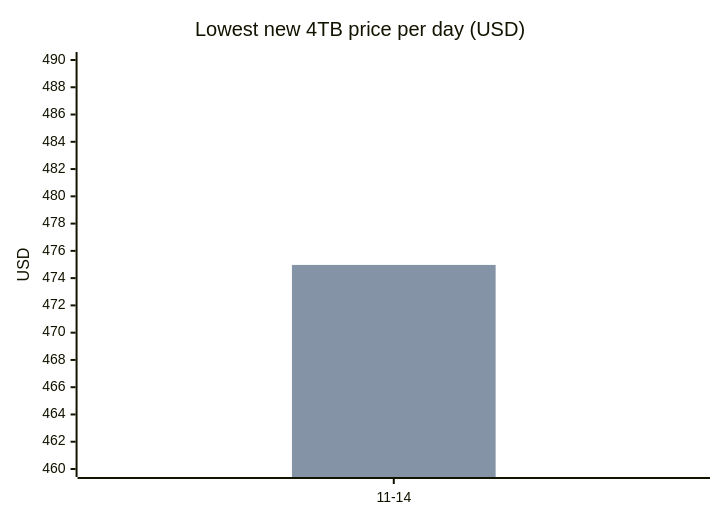
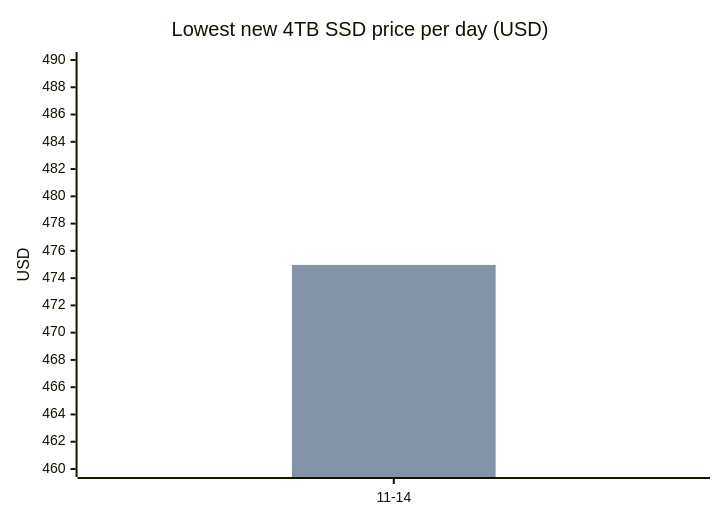
Before and after one commit to 7324136828/4tb_ssd_price_watch: the first of 4 diagrams in README.md, drawn with Mermaid. The commit also changed other lines of this file and 1 other file, not shown here.

````diff
--- a/README.md
+++ b/README.md
@@ -16,8 +23,8 @@
 ```mermaid
 xychart-beta
-    title "Lowest new 4TB price per day (USD)"
+    title "Lowest new 4TB SSD price per day (USD)"
     x-axis ["11-14"]
     y-axis "USD" 460 --> 490
     line [474.97]
     bar [474.97]
 ```
````
